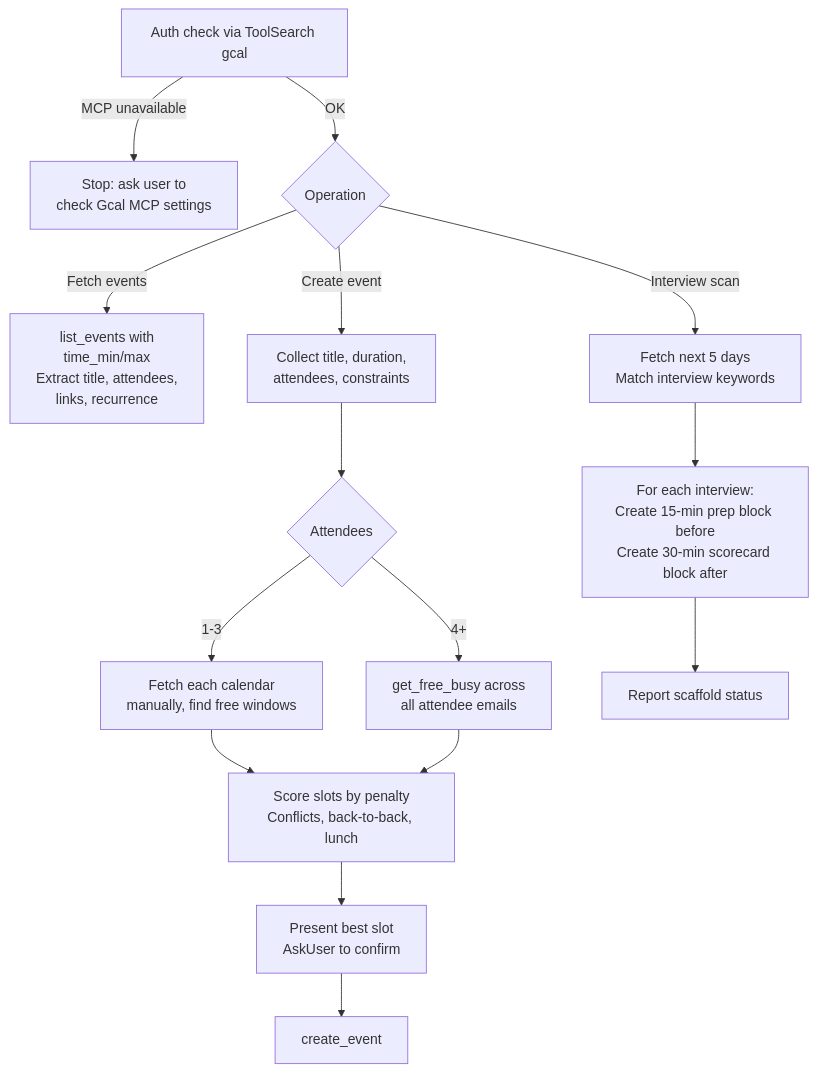
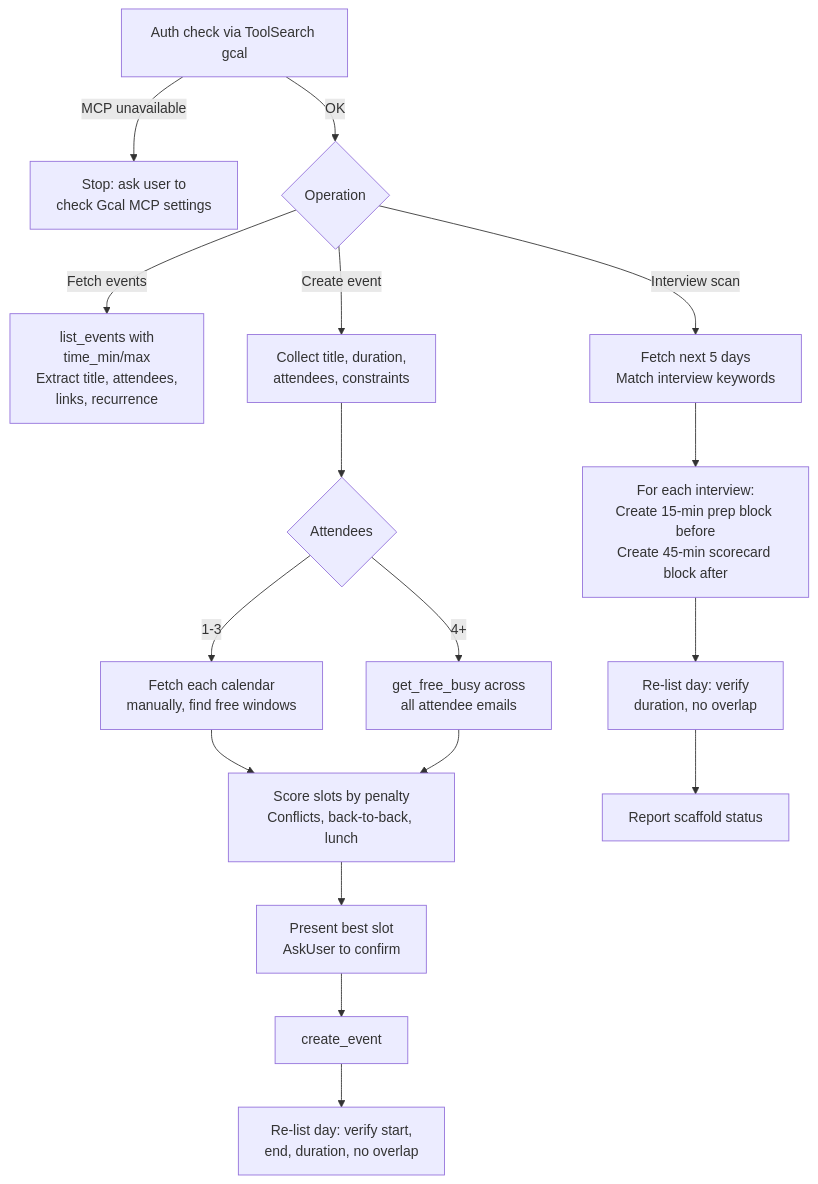
The diagram in skills/cal/README.md (whizzzkid/skills), drawn with Mermaid before and after one commit. The commit also changed other lines of this file and 4 other files, not shown here.

````diff
--- a/skills/cal/README.md
+++ b/skills/cal/README.md
@@ -16,16 +16,18 @@
 ```mermaid
 flowchart TD
     A[Auth check via ToolSearch gcal] -->|MCP unavailable| B[Stop: ask user to<br/>check Gcal MCP settings]
     A -->|OK| C{Operation}
     C -->|Fetch events| D[list_events with<br/>time_min/max<br/>Extract title, attendees,<br/>links, recurrence]
     C -->|Create event| E[Collect title, duration,<br/>attendees, constraints]
     E --> F{Attendees}
     F -->|1-3| G[Fetch each calendar<br/>manually, find free windows]
     F -->|4+| H[get_free_busy across<br/>all attendee emails]
     G & H --> I[Score slots by penalty<br/>Conflicts, back-to-back, lunch]
     I --> J[Present best slot<br/>AskUser to confirm]
     J --> K[create_event]
+    K --> V[Re-list day: verify start,<br/>end, duration, no overlap]
     C -->|Interview scan| L[Fetch next 5 days<br/>Match interview keywords]
-    L --> M[For each interview:<br/>Create 15-min prep block before<br/>Create 30-min scorecard block after]
-    M --> N[Report scaffold status]
+    L --> M[For each interview:<br/>Create 15-min prep block before<br/>Create 45-min scorecard block after]
+    M --> V2[Re-list day: verify<br/>duration, no overlap]
+    V2 --> N[Report scaffold status]
 ```
````
